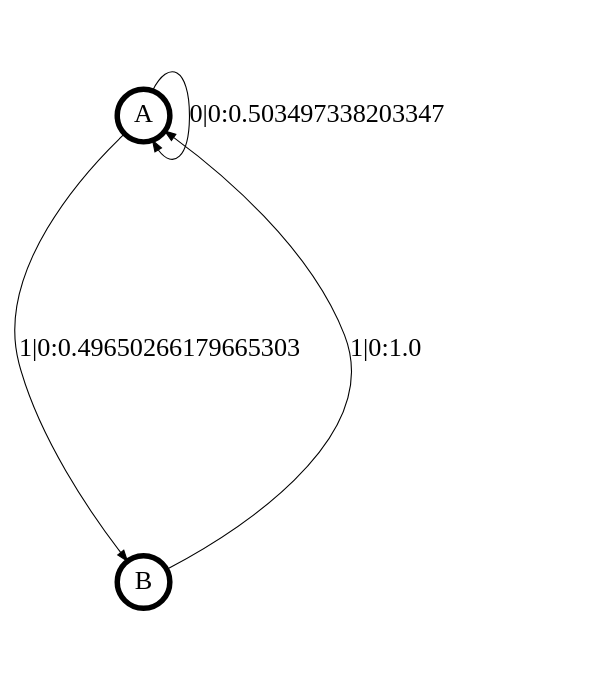
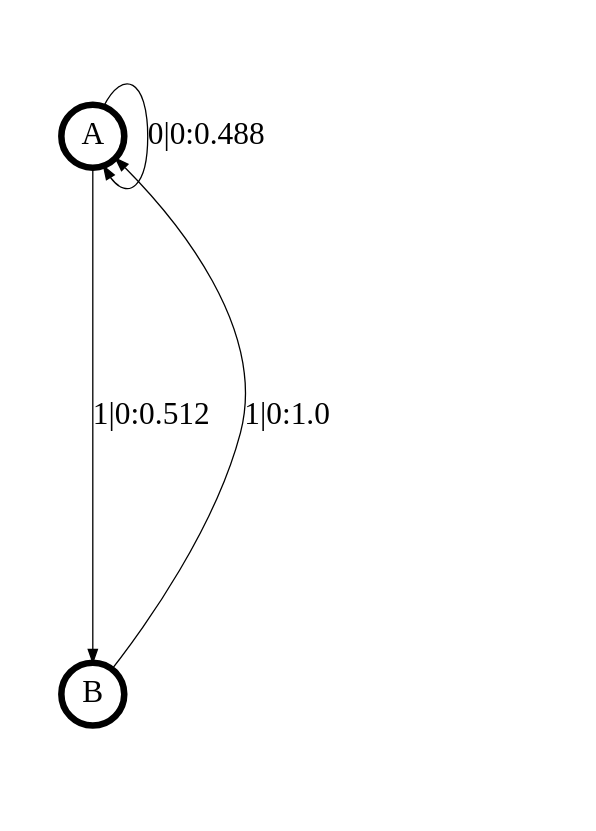
The diagram in transCSSR_results/+even.dot (ddarmon/transCSSR), drawn with Graphviz before and after one commit. The commit also changed 15 other files, not shown here.

```diff
--- a/transCSSR_results/+even.dot
+++ b/transCSSR_results/+even.dot
@@ -1,15 +1,15 @@
 digraph  {
 size = "6,8.5";
 ratio = "fill";
 node
 [shape = circle];
 node [fontsize = 24];
 node [penwidth = 5];
 edge [fontsize = 24];
 node [fontname = "CMU Serif Roman"];
 graph [fontname = "CMU Serif Roman"];
 edge [fontname = "CMU Serif Roman"];
-A -> A [label = "0|0:0.503497338203347\l"];
-A -> B [label = "1|0:0.49650266179665303\l"];
+A -> A [label = "0|0:0.488\l"];
+A -> B [label = "1|0:0.512\l"];
 B -> A [label = "1|0:1.0\l"];
 }
```
